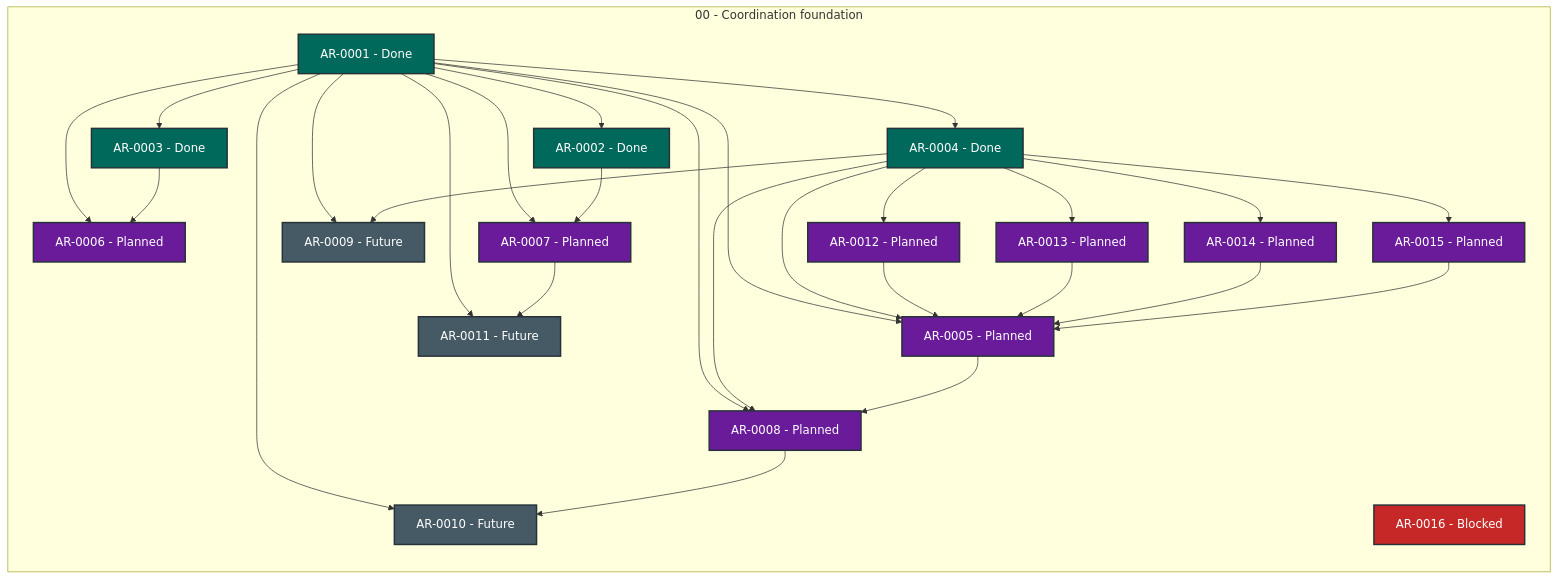
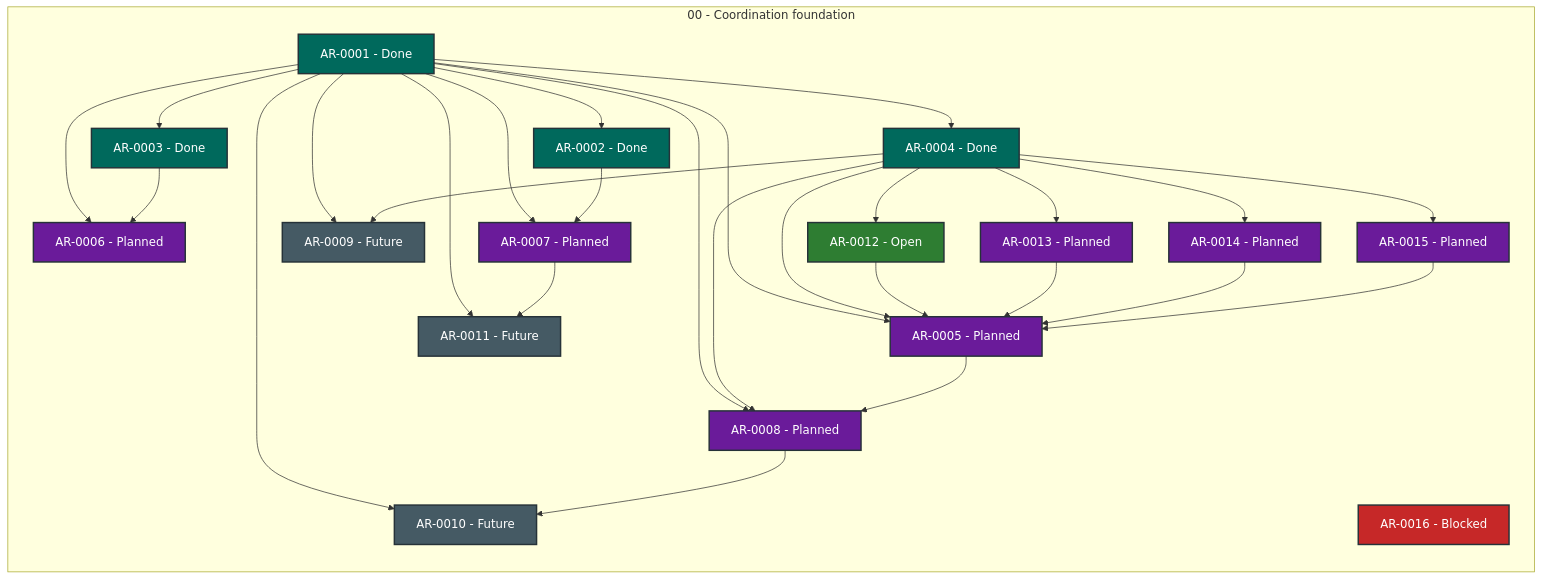
The diagram in STATUS.md (martin-beck/agent-workflow-quality-state), drawn with Mermaid before and after one commit. The commit also changed other lines of this file and 2 other files, not shown here.

````diff
--- a/STATUS.md
+++ b/STATUS.md
@@ -27,56 +27,56 @@
 ```mermaid
 flowchart LR
     subgraph series_00["00 - Coordination foundation"]
         direction TB
         AR_0001["AR-0001 - Done"]:::status_done
         AR_0002["AR-0002 - Done"]:::status_done
         AR_0003["AR-0003 - Done"]:::status_done
         AR_0004["AR-0004 - Done"]:::status_done
         AR_0005["AR-0005 - Planned"]:::status_planned
         AR_0006["AR-0006 - Planned"]:::status_planned
         AR_0007["AR-0007 - Planned"]:::status_planned
         AR_0008["AR-0008 - Planned"]:::status_planned
         AR_0009["AR-0009 - Future"]:::status_future
         AR_0010["AR-0010 - Future"]:::status_future
         AR_0011["AR-0011 - Future"]:::status_future
-        AR_0012["AR-0012 - Planned"]:::status_planned
+        AR_0012["AR-0012 - Open"]:::status_open
         AR_0013["AR-0013 - Planned"]:::status_planned
         AR_0014["AR-0014 - Planned"]:::status_planned
         AR_0015["AR-0015 - Planned"]:::status_planned
         AR_0016["AR-0016 - Blocked"]:::status_blocked
     end
     AR_0001 --> AR_0002
     AR_0001 --> AR_0003
     AR_0001 --> AR_0004
     AR_0001 --> AR_0005
     AR_0001 --> AR_0006
     AR_0001 --> AR_0007
     AR_0001 --> AR_0008
     AR_0001 --> AR_0009
     AR_0001 --> AR_0010
     AR_0001 --> AR_0011
     AR_0002 --> AR_0007
     AR_0003 --> AR_0006
     AR_0004 --> AR_0005
     AR_0004 --> AR_0008
     AR_0004 --> AR_0009
     AR_0004 --> AR_0012
     AR_0004 --> AR_0013
     AR_0004 --> AR_0014
     AR_0004 --> AR_0015
     AR_0005 --> AR_0008
     AR_0007 --> AR_0011
     AR_0008 --> AR_0010
     AR_0012 --> AR_0005
     AR_0013 --> AR_0005
     AR_0014 --> AR_0005
     AR_0015 --> AR_0005
     classDef status_in_progress fill:#1565c0,color:#ffffff,stroke:#263238,stroke-width:2px
     classDef status_open fill:#2e7d32,color:#ffffff,stroke:#263238,stroke-width:2px
     classDef status_blocked fill:#c62828,color:#ffffff,stroke:#263238,stroke-width:2px
     classDef status_planned fill:#6a1b9a,color:#ffffff,stroke:#263238,stroke-width:2px
     classDef status_future fill:#455a64,color:#ffffff,stroke:#263238,stroke-width:2px
     classDef status_done fill:#00695c,color:#ffffff,stroke:#263238,stroke-width:2px
     classDef status_cancelled fill:#616161,color:#ffffff,stroke:#263238,stroke-width:2px
     classDef status_superseded fill:#5d4037,color:#ffffff,stroke:#263238,stroke-width:2px
 ```
````
